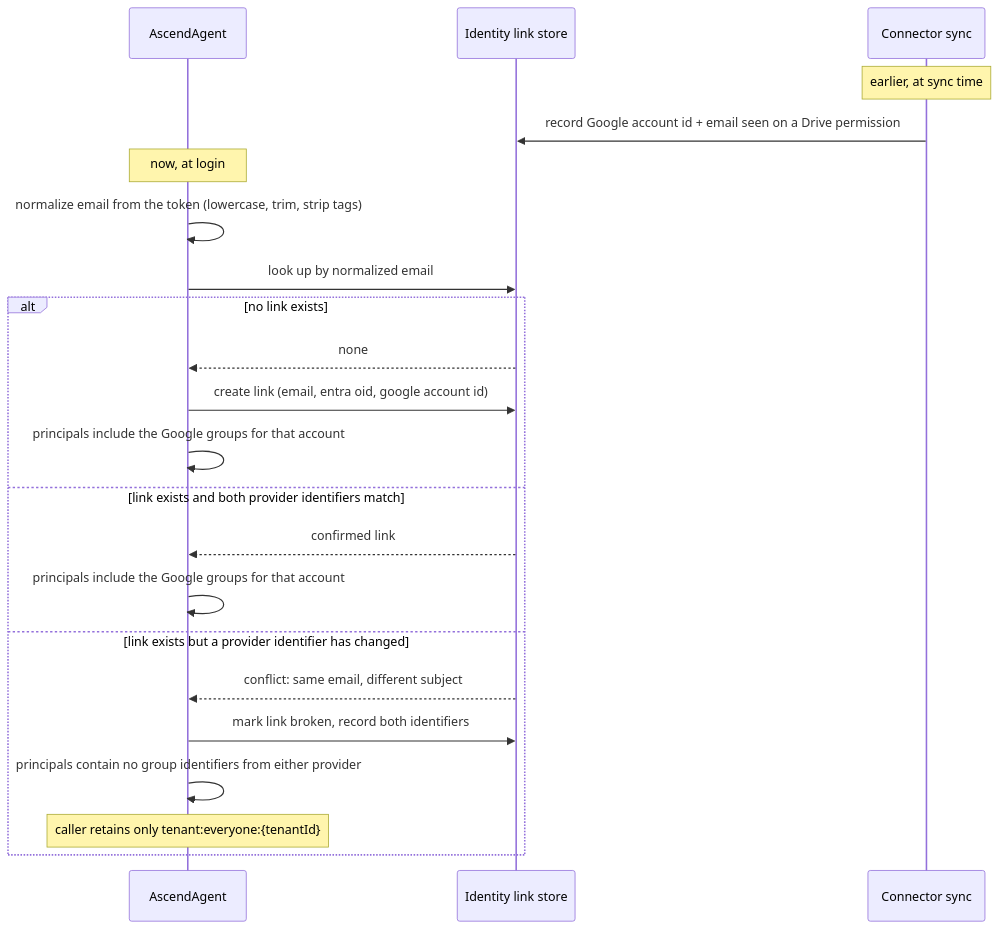
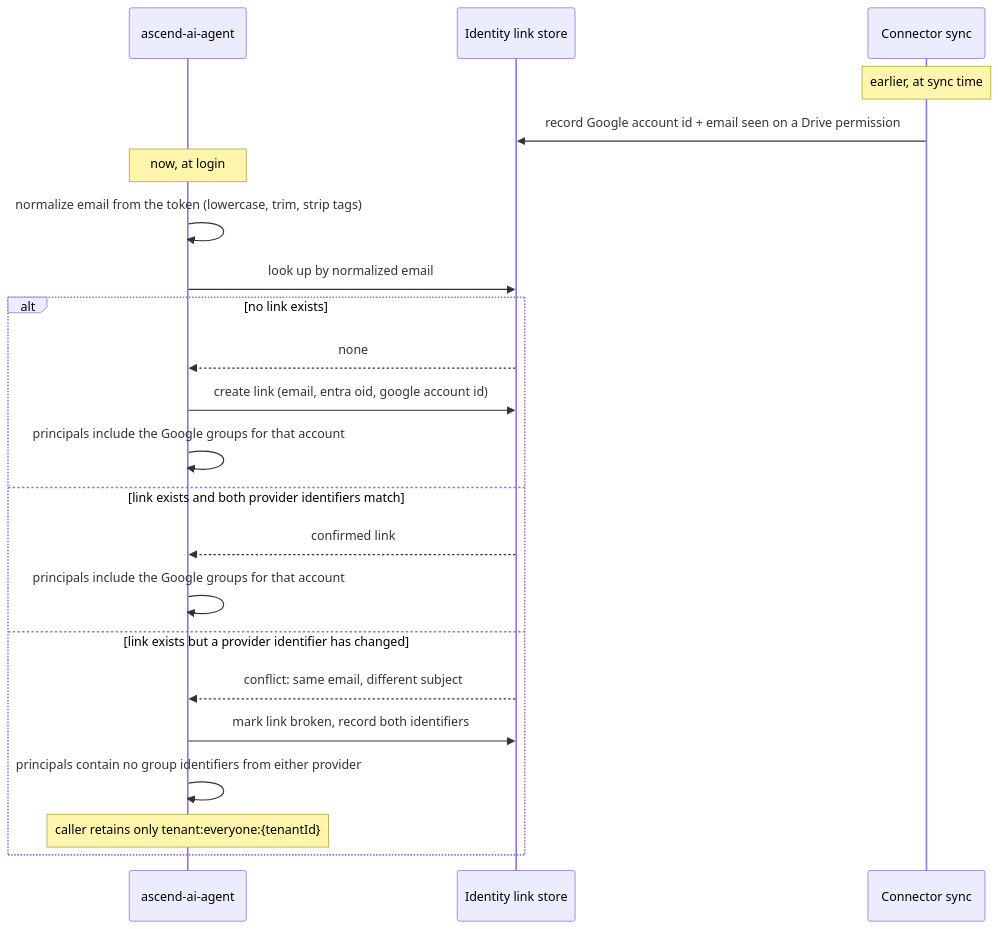
The fourth of 6 diagrams in docs/architecture/permission-aware-retrieval.md (Lukk17/AscendAI), drawn with Mermaid before and after one commit. The commit also changed other lines of this file and 1175 other files, not shown here.

````diff
--- a/docs/architecture/permission-aware-retrieval.md
+++ b/docs/architecture/permission-aware-retrieval.md
@@ -236,28 +236,28 @@
 ```mermaid
 sequenceDiagram
     accTitle: Cross-provider identity join with reused-address detection
     accDescr: The agent normalizes the email from the login provider, looks up an existing link, and either confirms it, creates it, or marks it broken when the provider identifier has changed.
-    participant Agent as AscendAgent
+    participant Agent as ascend-ai-agent
     participant LinkStore as Identity link store
     participant Sync as Connector sync
 
     Note over Sync: earlier, at sync time
     Sync->>LinkStore: record Google account id + email seen on a Drive permission
 
     Note over Agent: now, at login
     Agent->>Agent: normalize email from the token (lowercase, trim, strip tags)
     Agent->>LinkStore: look up by normalized email
     alt no link exists
         LinkStore-->>Agent: none
         Agent->>LinkStore: create link (email, entra oid, google account id)
         Agent->>Agent: principals include the Google groups for that account
     else link exists and both provider identifiers match
         LinkStore-->>Agent: confirmed link
         Agent->>Agent: principals include the Google groups for that account
     else link exists but a provider identifier has changed
         LinkStore-->>Agent: conflict: same email, different subject
         Agent->>LinkStore: mark link broken, record both identifiers
         Agent->>Agent: principals contain no group identifiers from either provider
         Note over Agent: caller retains only tenant:everyone:{tenantId}
     end
 ```
````
